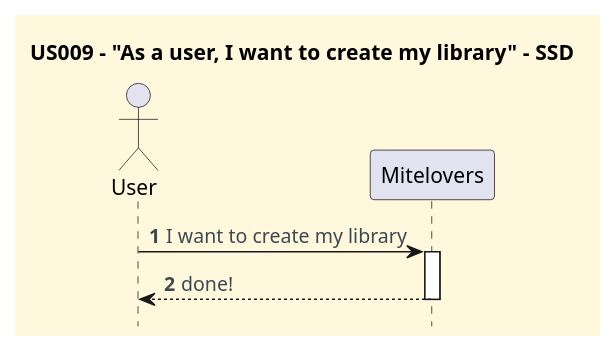
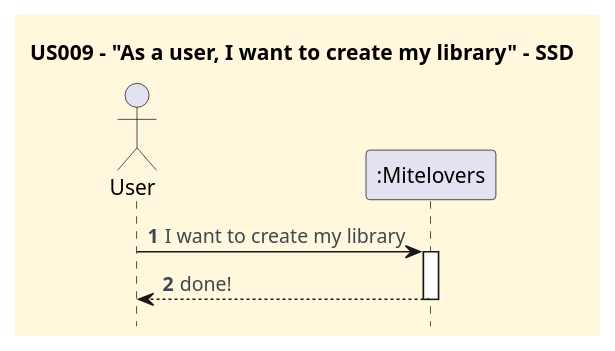
Before and after one commit to CarolinaLeite-collab/JavaMarketplacePlatform: the diagram in docs/userStories/US009/US009_create_my_library_SSD.puml, drawn with PlantUML.

Commit message:
#67 - updated SSD diagram for US009

```diff
--- a/docs/userStories/US009/US009_create_my_library_SSD.puml
+++ b/docs/userStories/US009/US009_create_my_library_SSD.puml
@@ -1,29 +1,29 @@
 @startuml
 title US009 – "As a user, I want to create my library" - SSD
 hidefootbox
 
 '==== basic style ====
 skinparam monochrome false
 skinparam shadowing false
 skinparam defaultFontName Futura
 skinparam objectFontSize 20
 skinparam backgroundColor CornSilk
 skinparam objectBackgroundColor WhiteSmoke
 skinparam noteBackgroundColor #FFFFE0
 skinparam ArrowFontColor #3B4953
 skinparam ActivationBackgroundColor black
 
 autonumber
 autoactivate off
 
 ' --- Actor and participants ---
 actor User
-participant "Mitelovers" as System
+participant ":Mitelovers" as System
 
 ' --- System dialog ---
 User -> System: I want to create my library
 activate "System"
 System --> User: done!
 deactivate "System"
 
 @enduml
```
